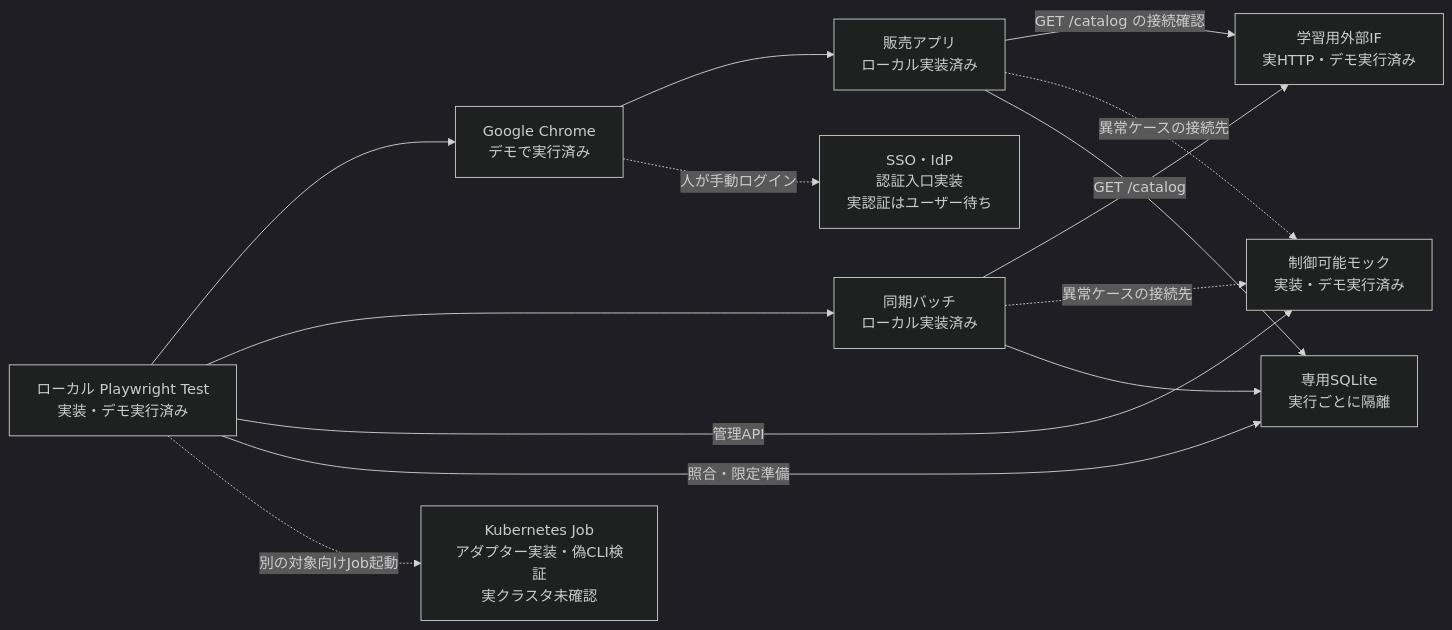
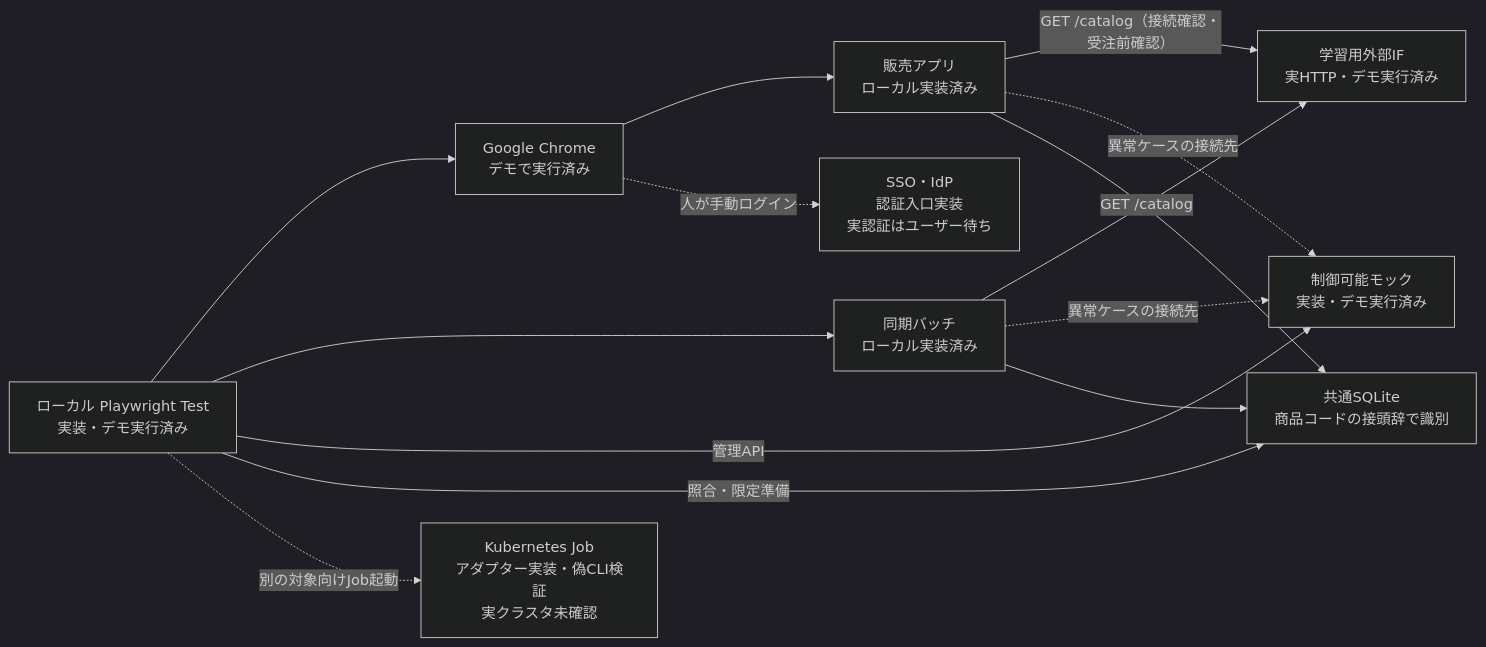
One commit to Takahiro-Kaji/playwright-demo changed the diagram in docs/learning/architecture.md. Above: the diagram before and after it, drawn with Mermaid (dark theme). The commit also changed other lines of this file and 21 other files, not shown here.

````diff
--- a/docs/learning/architecture.md
+++ b/docs/learning/architecture.md
@@ -3,24 +3,24 @@
 ```mermaid
 flowchart LR
   T["ローカル Playwright Test<br/>実装・デモ実行済み"]
   C["Google Chrome<br/>デモで実行済み"]
   A["販売アプリ<br/>ローカル実装済み"]
   B["同期バッチ<br/>ローカル実装済み"]
   U["学習用外部IF<br/>実HTTP・デモ実行済み"]
   M["制御可能モック<br/>実装・デモ実行済み"]
-  D["専用SQLite<br/>実行ごとに隔離"]
+  D["共通SQLite<br/>商品コードの接頭辞で識別"]
   K["Kubernetes Job<br/>アダプター実装・偽CLI検証<br/>実クラスタ未確認"]
   S["SSO・IdP<br/>認証入口実装<br/>実認証はユーザー待ち"]
   T --> C --> A
   T --> B
-  A -->|"GET /catalog の接続確認"| U
+  A -->|"GET /catalog（接続確認・受注前確認）"| U
   A -. "異常ケースの接続先" .-> M
   B -->|"GET /catalog"| U
   B -. "異常ケースの接続先" .-> M
   T -->|"管理API"| M
   A --> D
   B --> D
   T -->|"照合・限定準備"| D
   T -. "別の対象向けJob起動" .-> K
   C -. "人が手動ログイン" .-> S
 ```
````
